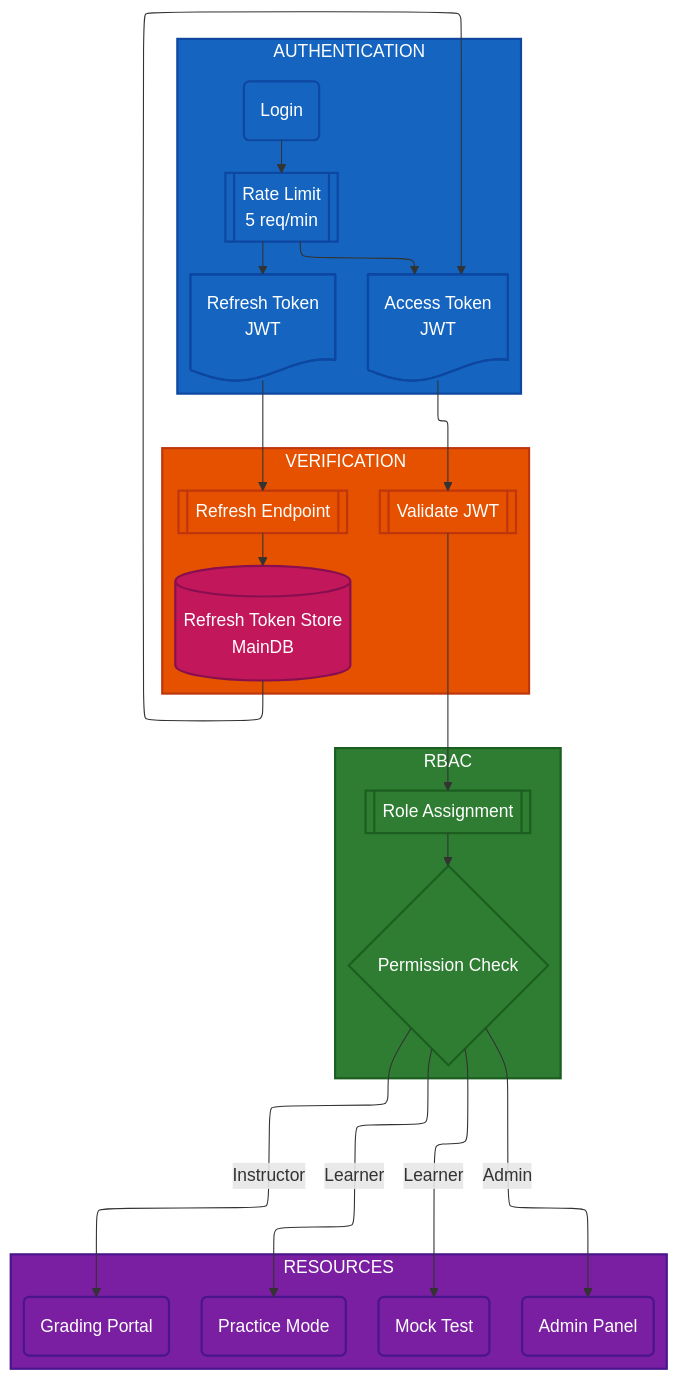
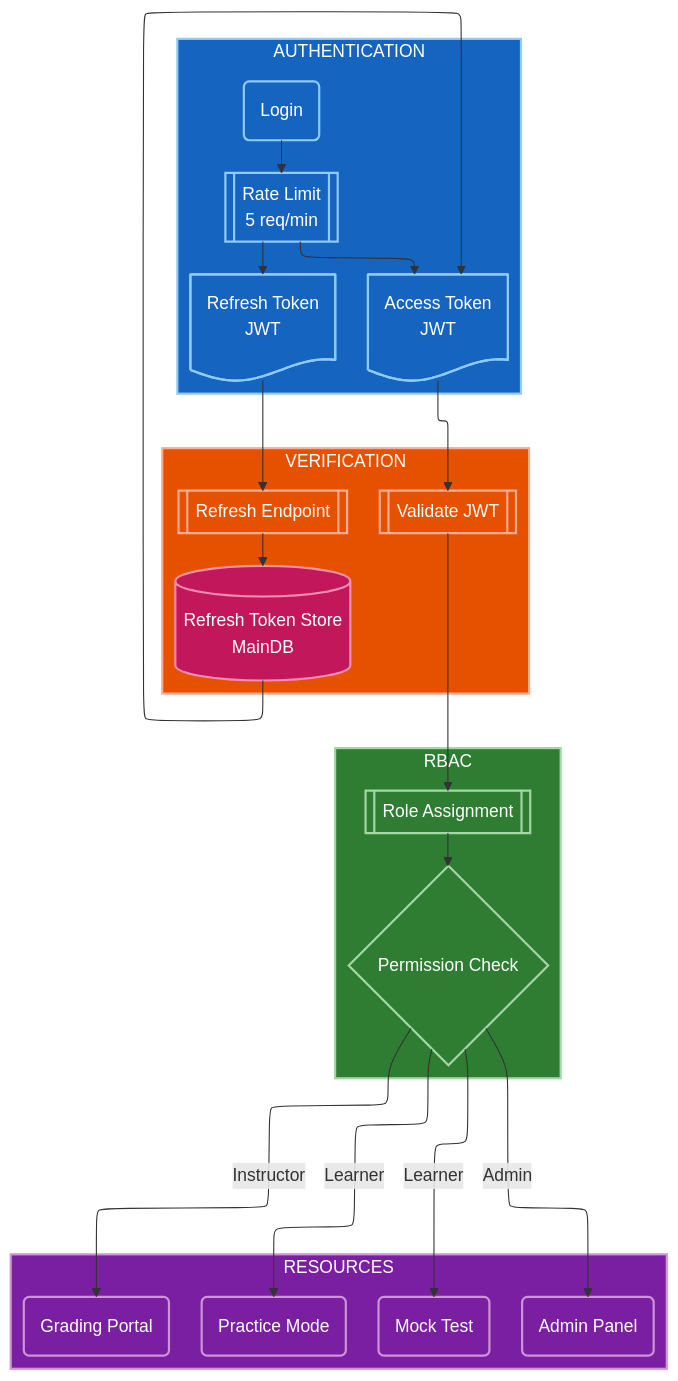
Diagram 11 of 12 in docs/capstone/diagrams/flow-diagrams.vi.md (nghyane/VSTEP), drawn with Mermaid before and after one commit. The commit also changed other lines of this file, not shown here.

First line of the commit message:
fix(docs): optimize diagram colors for dark/light mode compatibility

````diff
--- a/docs/capstone/diagrams/flow-diagrams.vi.md
+++ b/docs/capstone/diagrams/flow-diagrams.vi.md
@@ -659,53 +659,53 @@
 ```mermaid
 ---
 config:
   layout: elk
 ---
 flowchart TB
     subgraph Auth["AUTHENTICATION"]
         Login@{ shape: rounded, label: "Login" }
         Rate@{ shape: fr-rect, label: "Rate Limit<br/>5 req/min" }
         Access@{ shape: doc, label: "Access Token<br/>JWT" }
         Refresh@{ shape: doc, label: "Refresh Token<br/>JWT" }
     end
 
     subgraph Verify["VERIFICATION"]
         Validate@{ shape: fr-rect, label: "Validate JWT" }
         RefreshEp@{ shape: fr-rect, label: "Refresh Endpoint" }
         Store@{ shape: cyl, label: "Refresh Token Store<br/>MainDB" }
     end
 
     subgraph RBAC["RBAC"]
         Roles@{ shape: fr-rect, label: "Role Assignment" }
         Check@{ shape: diam, label: "Permission Check" }
     end
 
     subgraph Resources["RESOURCES"]
         direction LR
         Practice@{ shape: rounded, label: "Practice Mode" }
         Mock@{ shape: rounded, label: "Mock Test" }
         Grading@{ shape: rounded, label: "Grading Portal" }
         Admin@{ shape: rounded, label: "Admin Panel" }
     end
 
     Login --> Rate --> Access & Refresh
     Access --> Validate
     Refresh --> RefreshEp --> Store --> Access
     
     Validate --> Roles --> Check
     Check -->|"Learner"| Practice & Mock
     Check -->|"Instructor"| Grading
     Check -->|"Admin"| Admin
 
-    classDef auth fill:#1565c0,stroke:#0d47a1,stroke-width:2px,color:#fff
-    classDef verify fill:#e65100,stroke:#bf360c,stroke-width:2px,color:#fff
-    classDef rbac fill:#2e7d32,stroke:#1b5e20,stroke-width:2px,color:#fff
-    classDef resources fill:#7b1fa2,stroke:#4a148c,stroke-width:2px,color:#fff
-    classDef data fill:#c2185b,stroke:#880e4f,stroke-width:2px,color:#fff
+    classDef auth fill:#1565c0,stroke:#90caf9,stroke-width:2px,color:#fff
+    classDef verify fill:#e65100,stroke:#ffab91,stroke-width:2px,color:#fff
+    classDef rbac fill:#2e7d32,stroke:#a5d6a7,stroke-width:2px,color:#fff
+    classDef resources fill:#7b1fa2,stroke:#ce93d8,stroke-width:2px,color:#fff
+    classDef data fill:#c2185b,stroke:#f48fb1,stroke-width:2px,color:#fff
 
     class Auth,Login,Rate,Access,Refresh auth
     class Verify,Validate,RefreshEp verify
     class RBAC,Roles,Check rbac
     class Resources,Practice,Mock,Grading,Admin resources
     class Store data
 ```
````
